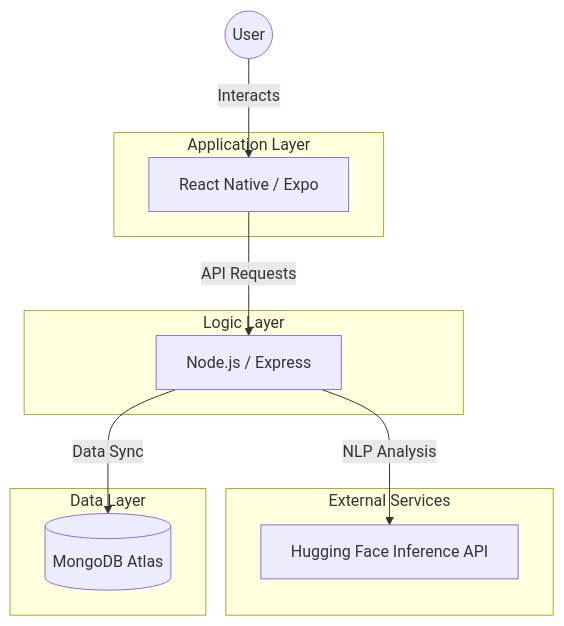
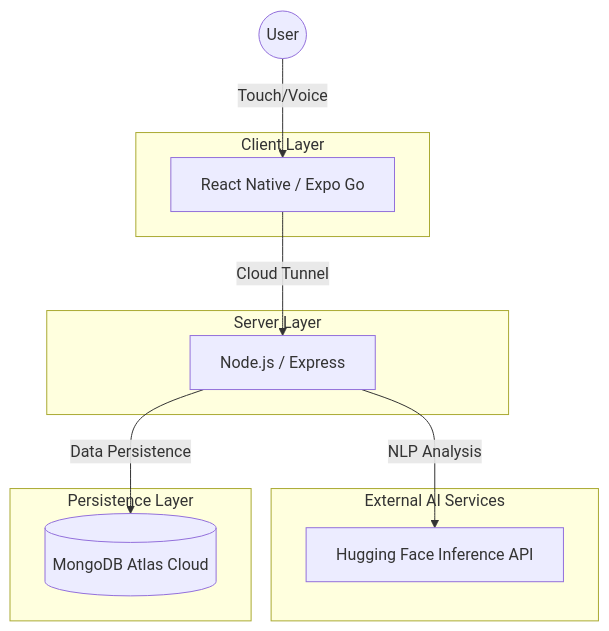
One commit to Darkjak361/MoodMate changed the diagram in README.md. Above: the diagram before and after it, drawn with Mermaid. The commit also changed other lines of this file and 1 other file, not shown here.

````diff
--- a/README.md
+++ b/README.md
@@ -8,23 +16,23 @@
 ```mermaid
 graph TD
-    User((User)) -->|Interacts| Frontend[React Native / Expo]
-    Frontend -->|API Requests| Backend[Node.js / Express]
-    Backend -->|Data Sync| DB[(MongoDB Atlas)]
+    User((User)) -->|Touch/Voice| Frontend[React Native / Expo Go]
+    Frontend -->|Cloud Tunnel| Backend[Node.js / Express]
+    Backend -->|Data Persistence| DB[(MongoDB Atlas Cloud)]
     Backend -->|NLP Analysis| AI[Hugging Face Inference API]
     
-    subgraph "Application Layer"
+    subgraph "Client Layer"
         Frontend
     end
     
-    subgraph "Logic Layer"
+    subgraph "Server Layer"
         Backend
     end
     
-    subgraph "External Services"
+    subgraph "External AI Services"
         AI
     end
     
-    subgraph "Data Layer"
+    subgraph "Persistence Layer"
         DB
     end
 ```
````
